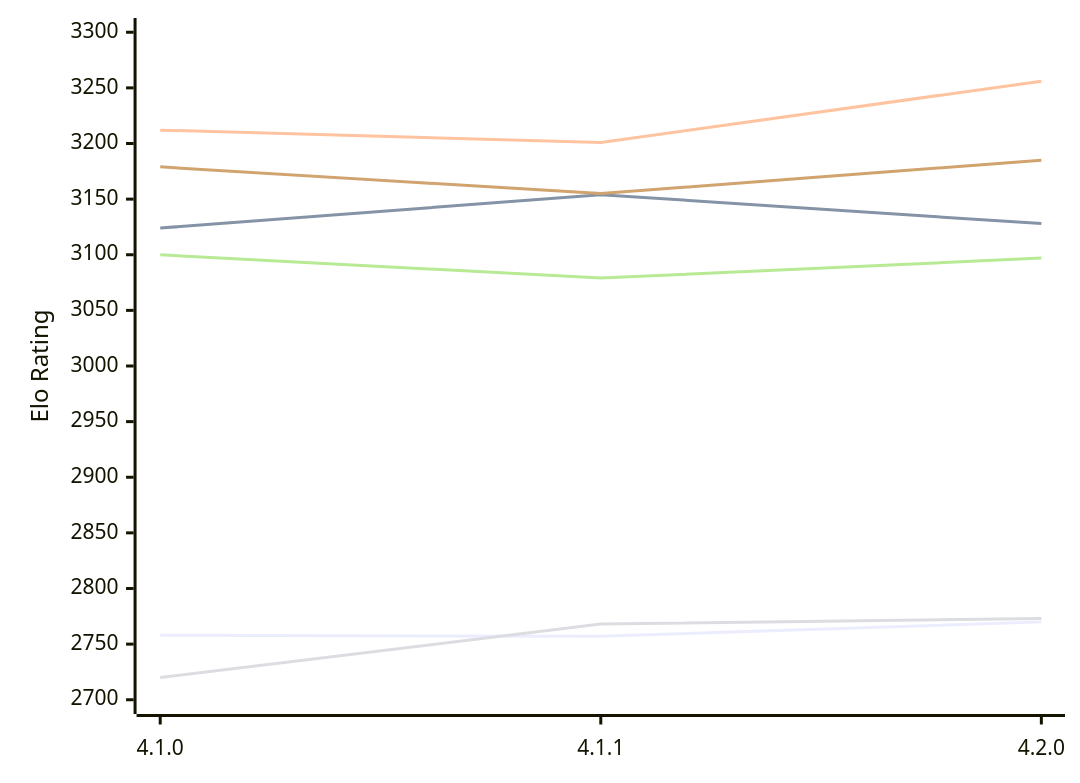
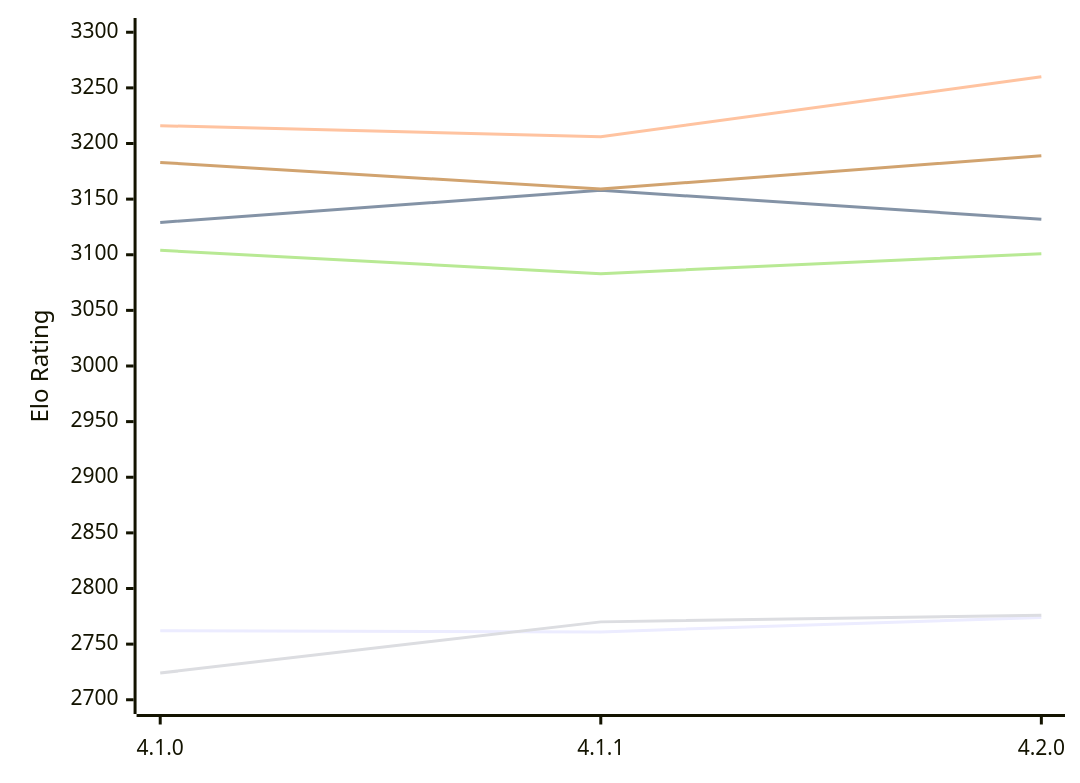
The diagram in engines/LunaChessEngine.md (computer-chess-index/cci), drawn with Mermaid before and after one commit. The commit also changed other lines of this file, not shown here.

Commit message:
Update CCI Ratings (ELO VLTC) - 2026-11-20

````diff
--- a/engines/LunaChessEngine.md
+++ b/engines/LunaChessEngine.md
@@ -51,12 +51,12 @@
 ```mermaid
 %%{init: {"theme":"base","themeVariables":{"seriesColors:['#a3a3a3','#222221','#faa371']}}}%%
 xychart-beta
   x-axis ["4.1.0", "4.1.1", "4.2.0"]
   y-axis "Elo Rating" 2700 --> 3300
-  line "E1: STC (8.0+0.08s)" [2758, 2757, 2770]
-  line "E1: LTC (60.0+0.60s)" [3124, 3154, 3128]
-  line "E1: VLTC (2m24s+1.12s)" [3212, 3201, 3256]
-  line "P1: STC (8.0+0.08s)" [2720, 2768, 2773]
-  line "P1: LTC (60.0+0.60s)" [3100, 3079, 3097]
-  line "P1: VLTC (2m24s+1.12s)" [3179, 3155, 3185]
+  line "E1: STC (8.0+0.08s)" [2762, 2761, 2774]
+  line "E1: LTC (60.0+0.60s)" [3129, 3158, 3132]
+  line "E1: VLTC (2m24s+1.12s)" [3216, 3206, 3260]
+  line "P1: STC (8.0+0.08s)" [2724, 2770, 2776]
+  line "P1: LTC (60.0+0.60s)" [3104, 3083, 3101]
+  line "P1: VLTC (2m24s+1.12s)" [3183, 3159, 3189]
 ```
````
